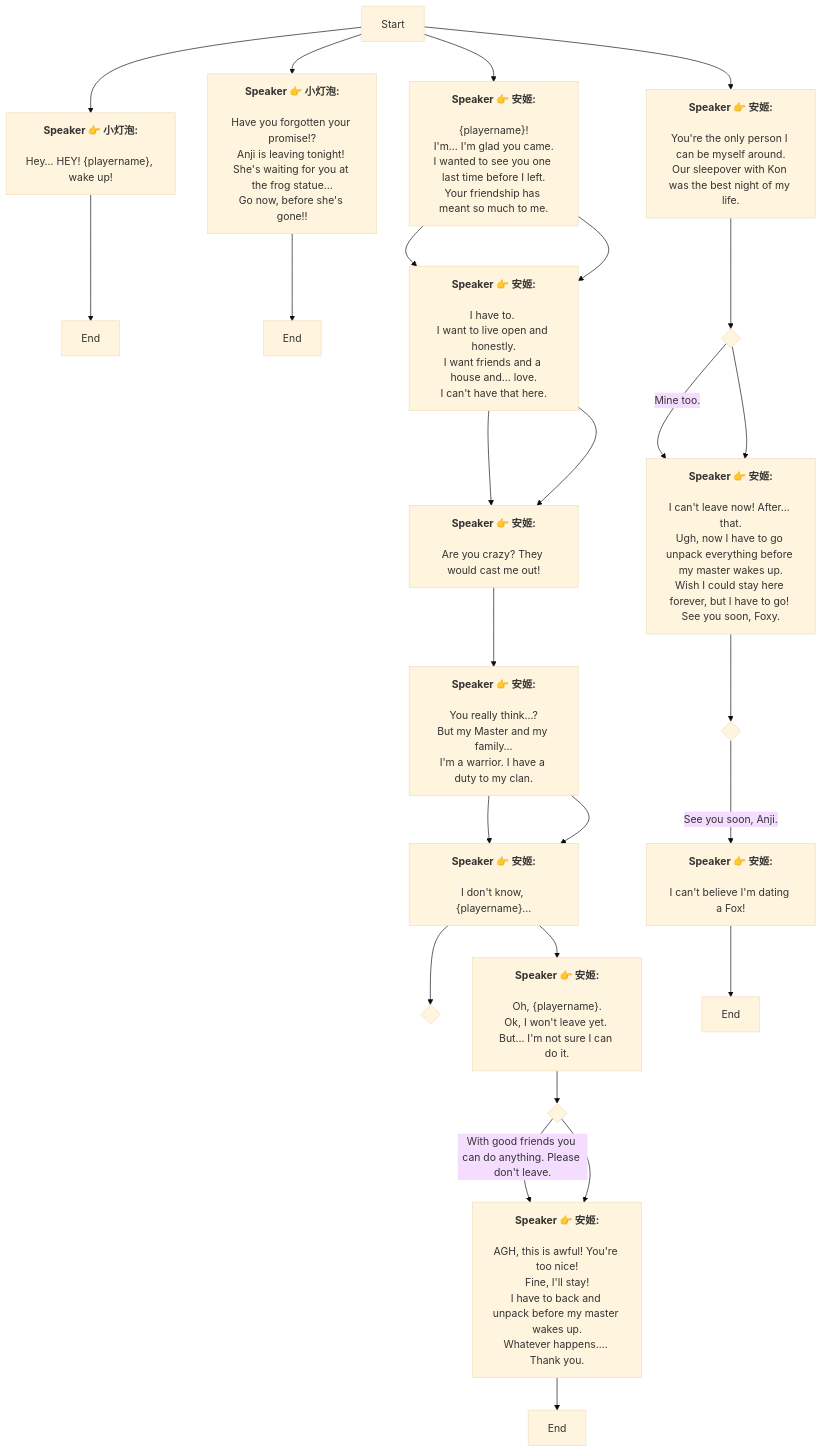
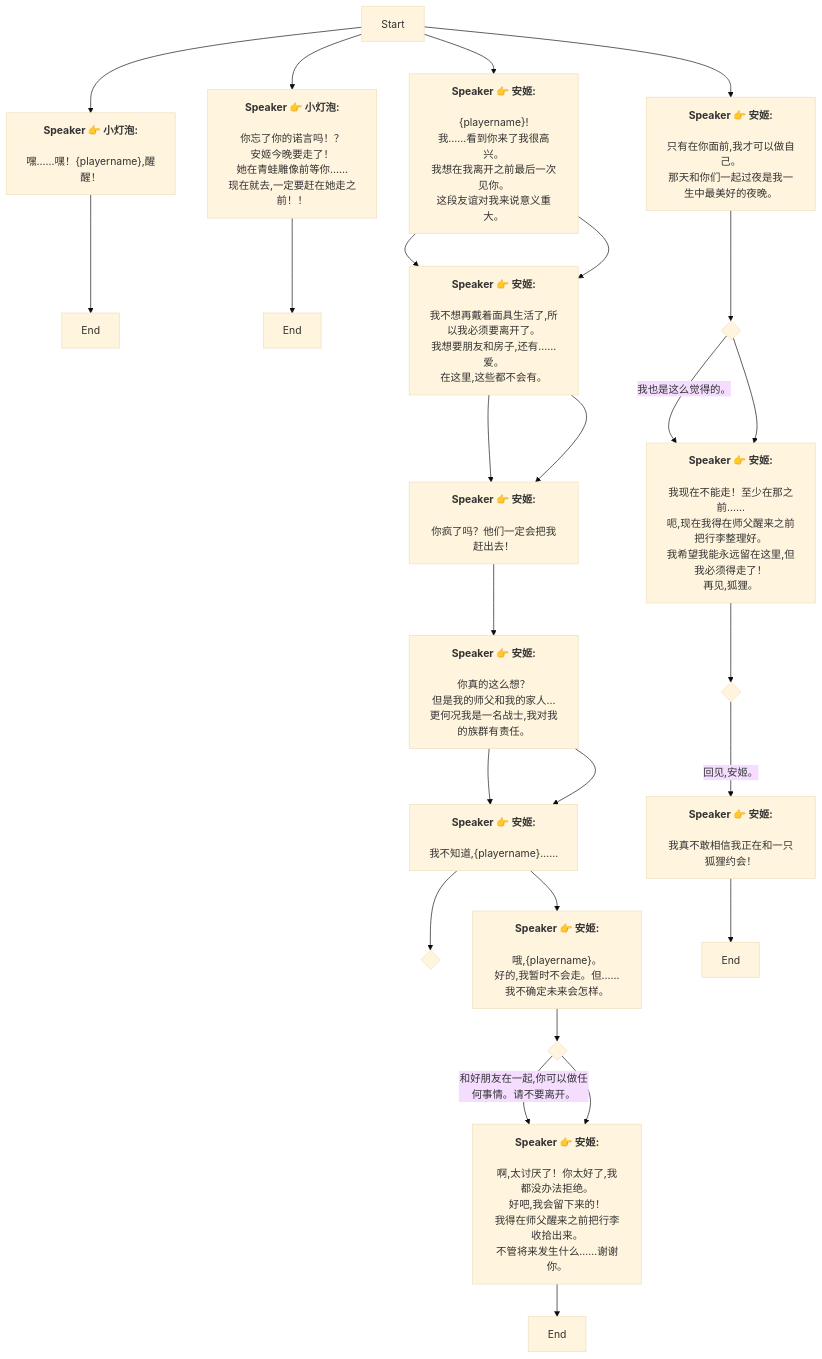
One commit to SoftHu/tos_avg changed the diagram in Zh/heart_4_6_2_9.md. Above: the diagram before and after it, drawn with Mermaid (base theme). The commit also changed 312 other files, not shown here.

````diff
--- a/Zh/heart_4_6_2_9.md
+++ b/Zh/heart_4_6_2_9.md
@@ -2,88 +2,88 @@
 graph
 Start -->1766672157337891[<b>Speaker 👉 小灯泡:</b>
 
-Hey… HEY! &lbrace;playername&rbrace;, wake up!]
+嘿......嘿！&lbrace;playername&rbrace;,醒醒！]
 1766672157337891 -->1766681055228200[End]
 Start -->1766681208037674[<b>Speaker 👉 小灯泡:</b>
 
-Have you forgotten your promise!?
-Anji is leaving tonight! 
-She's waiting for you at the frog statue...
-Go now, before she's gone!!]
+你忘了你的诺言吗！？
+安姬今晚要走了！
+她在青蛙雕像前等你......
+现在就去,一定要赶在她走之前！！]
 1766681208037674 -->1766685341910398[End]
 Start -->1766681352883506[<b>Speaker 👉 安姬:</b>
 
 &lbrace;playername&rbrace;!
-I'm… I'm glad you came.
-I wanted to see you one last time before I left.
-Your friendship has meant so much to me.]
+我......看到你来了我很高兴。
+我想在我离开之前最后一次见你。
+这段友谊对我来说意义重大。]
 1766681352883506 -->1766686399488482[<b>Speaker 👉 安姬:</b>
 
-I have to. 
-I want to live open and honestly.
-I want friends and a house and… love.
-I can't have that here.]
+我不想再戴着面具生活了,所以我必须要离开了。
+我想要朋友和房子,还有......爱。
+在这里,这些都不会有。]
 1766681352883506 -->1766686399488482[<b>Speaker 👉 安姬:</b>
 
-I have to. 
-I want to live open and honestly.
-I want friends and a house and… love.
-I can't have that here.]
+我不想再戴着面具生活了,所以我必须要离开了。
+我想要朋友和房子,还有......爱。
+在这里,这些都不会有。]
 1766686399488482 -->1766686528492008[<b>Speaker 👉 安姬:</b>
 
-Are you crazy? They would cast me out!]
+你疯了吗？他们一定会把我赶出去！]
 1766686399488482 -->1766686528492008[<b>Speaker 👉 安姬:</b>
 
-Are you crazy? They would cast me out!]
+你疯了吗？他们一定会把我赶出去！]
 1766686528492008 -->1766686621164014[<b>Speaker 👉 安姬:</b>
 
-You really think…?
-But my Master and my family…
-I'm a warrior. I have a duty to my clan.]
+你真的这么想？
+但是我的师父和我的家人...
+更何况我是一名战士,我对我的族群有责任。]
 1766686621164014 -->1766686682965492[<b>Speaker 👉 安姬:</b>
 
-I don't know, &lbrace;playername&rbrace;...]
+我不知道,&lbrace;playername&rbrace;......]
 1766686621164014 -->1766686682965492[<b>Speaker 👉 安姬:</b>
 
-I don't know, &lbrace;playername&rbrace;...]
+我不知道,&lbrace;playername&rbrace;......]
 1766686682965492 -->1766686720384506{ }
 1766686682965492 -->1766686745538043[<b>Speaker 👉 安姬:</b>
 
-Oh, &lbrace;playername&rbrace;.
-Ok, I won't leave yet. But… I'm not sure I can do it.]
+哦,&lbrace;playername&rbrace;。
+好的,我暂时不会走。但……我不确定未来会怎样。]
 1766686745538043 -->1766686774106624{ }
-1766686774106624 -->|With good friends you can do anything. Please don't leave.|1766686821873154[<b>Speaker 👉 安姬:</b>
+1766686774106624 -->|和好朋友在一起,你可以做任何事情。请不要离开。|1766686821873154[<b>Speaker 👉 安姬:</b>
 
-AGH, this is awful! You're too nice!
-Fine, I'll stay!
-I have to back and unpack before my master wakes up.
-Whatever happens…. Thank you.]
+啊,太讨厌了！你太好了,我都没办法拒绝。
+好吧,我会留下来的！
+我得在师父醒来之前把行李收拾出来。
+不管将来发生什么......谢谢你。]
 1766686774106624 -->1766686821873154[<b>Speaker 👉 安姬:</b>
 
-AGH, this is awful! You're too nice!
-Fine, I'll stay!
-I have to back and unpack before my master wakes up.
-Whatever happens…. Thank you.]
+啊,太讨厌了！你太好了,我都没办法拒绝。
+好吧,我会留下来的！
+我得在师父醒来之前把行李收拾出来。
+不管将来发生什么......谢谢你。]
 1766686821873154 -->1766686858170883[End]
 Start -->1766686900719109[<b>Speaker 👉 安姬:</b>
 
-You're the only person I can be myself around.
-Our sleepover with Kon was the best night of my life.]
+只有在你面前,我才可以做自己。
+那天和你们一起过夜是我一生中最美好的夜晚。]
 1766686900719109 -->1766686927494666{ }
-1766686927494666 -->|Mine too.|1766686953551371[<b>Speaker 👉 安姬:</b>
+1766686927494666 -->|我也是这么觉得的。|1766686953551371[<b>Speaker 👉 安姬:</b>
 
-I can't leave now! After… that.
-Ugh, now I have to go unpack everything before my master wakes up.
-Wish I could stay here forever, but I have to go! See you soon, Foxy.]
+我现在不能走！至少在那之前……
+呃,现在我得在师父醒来之前把行李整理好。
+我希望我能永远留在这里,但我必须得走了！
+再见,狐狸。]
 1766686927494666 -->1766686953551371[<b>Speaker 👉 安姬:</b>
 
-I can't leave now! After… that.
-Ugh, now I have to go unpack everything before my master wakes up.
-Wish I could stay here forever, but I have to go! See you soon, Foxy.]
+我现在不能走！至少在那之前……
+呃,现在我得在师父醒来之前把行李整理好。
+我希望我能永远留在这里,但我必须得走了！
+再见,狐狸。]
 1766686953551371 -->1766686979208720{ }
-1766686979208720 -->|See you soon, Anji.|1766687001349649[<b>Speaker 👉 安姬:</b>
+1766686979208720 -->|回见,安姬。|1766687001349649[<b>Speaker 👉 安姬:</b>
 
-I can't believe I'm dating a Fox!]
+我真不敢相信我正在和一只狐狸约会！]
 1766687001349649 -->1766687019647507[End]
 
  ```
````
